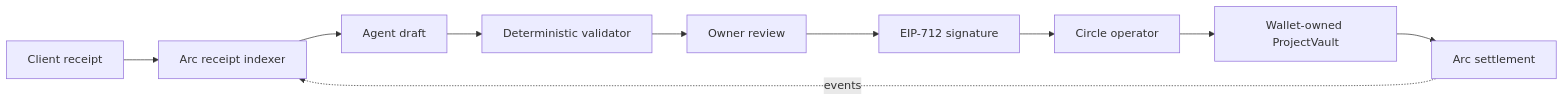
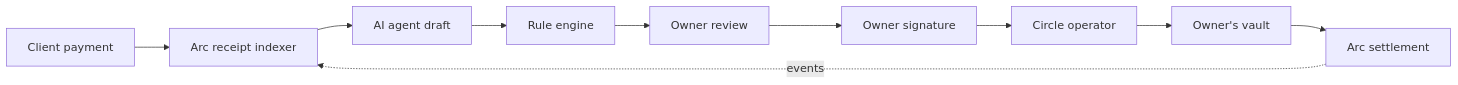
Before and after one commit to IamHarrie-Labs/splitt: the diagram in README.md, drawn with Mermaid. The commit also changed other lines of this file and 3 other files, not shown here.

````diff
--- a/README.md
+++ b/README.md
@@ -33,12 +41,12 @@
 ```mermaid
 flowchart LR
-  Receipt[Client receipt] --> Indexer[Arc receipt indexer]
-  Indexer --> Draft[Agent draft]
-  Draft --> Validator[Deterministic validator]
+  Receipt[Client payment] --> Indexer[Arc receipt indexer]
+  Indexer --> Draft[AI agent draft]
+  Draft --> Validator[Rule engine]
   Validator --> Review[Owner review]
-  Review --> Signature[EIP-712 signature]
+  Review --> Signature[Owner signature]
   Signature --> Circle[Circle operator]
-  Circle --> Vault[Wallet-owned ProjectVault]
+  Circle --> Vault[Owner's vault]
   Vault --> Chain[Arc settlement]
   Chain -. events .-> Indexer
 ```
````
